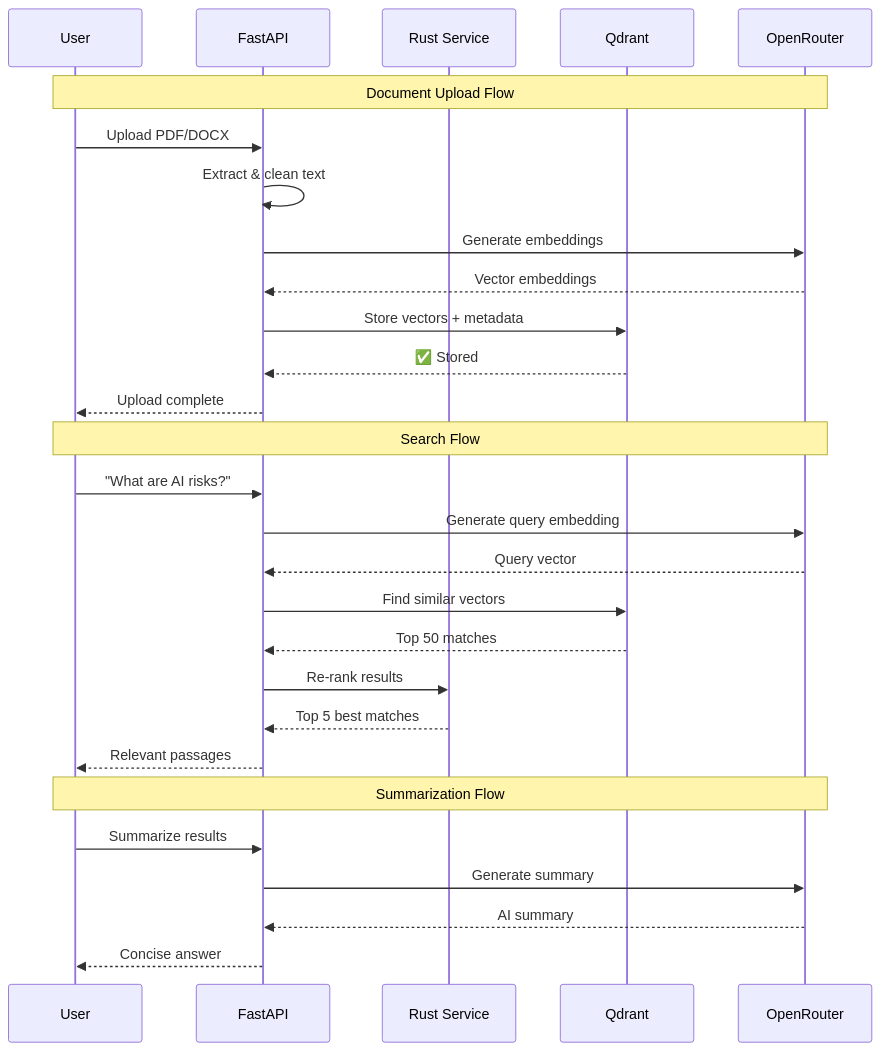
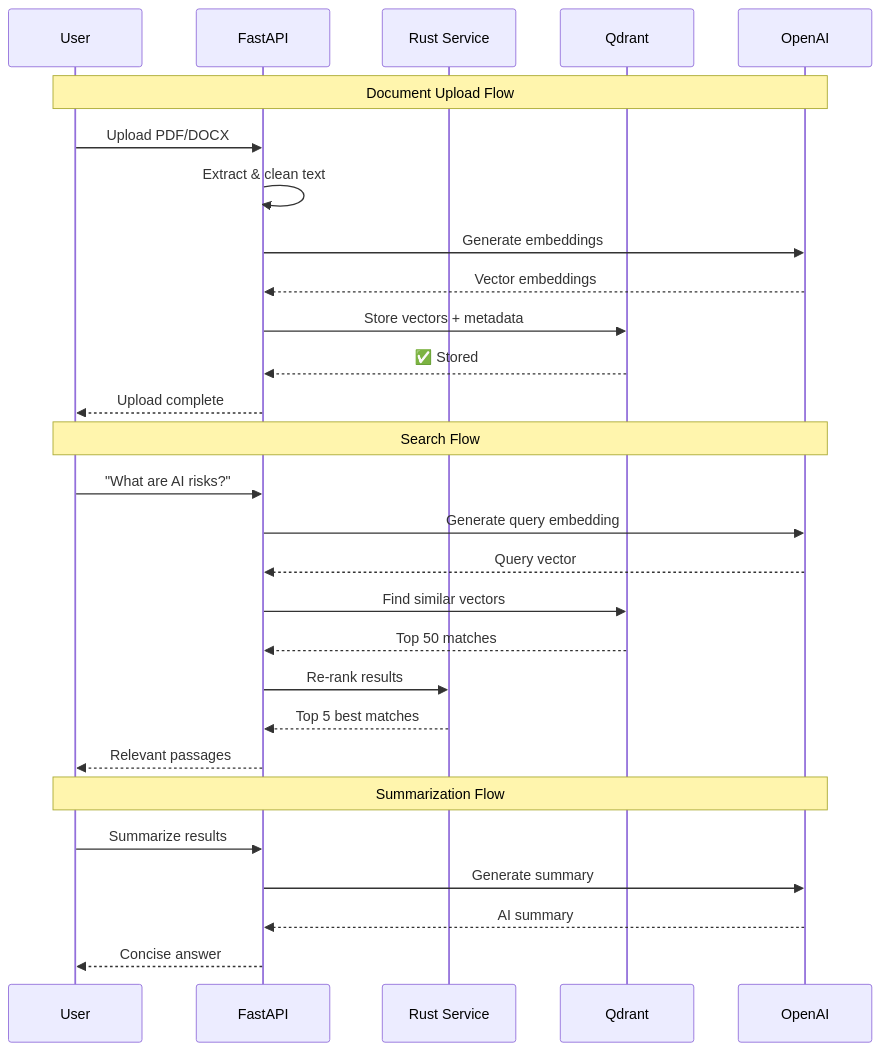
One commit to mdombrov-33/qdrant-ai-search changed the second of 2 diagrams in README.md. Above: the diagram before and after it, drawn with Mermaid. The commit also changed other lines of this file and 5 other files, not shown here.

Commit message:
fix(openai): replace OpenRouter with OpenAI to gain access to embedded models (not available via OpenRouter)

````diff
--- a/README.md
+++ b/README.md
@@ -111,33 +121,33 @@
 ```mermaid
 sequenceDiagram
     participant U as User
     participant F as FastAPI
     participant R as Rust Service
     participant Q as Qdrant
-    participant O as OpenRouter
+    participant O as OpenAI
 
     Note over U,O: Document Upload Flow
     U->>F: Upload PDF/DOCX
     F->>F: Extract & clean text
     F->>O: Generate embeddings
     O-->>F: Vector embeddings
     F->>Q: Store vectors + metadata
     Q-->>F: ✅ Stored
     F-->>U: Upload complete
 
     Note over U,O: Search Flow
     U->>F: "What are AI risks?"
     F->>O: Generate query embedding
     O-->>F: Query vector
     F->>Q: Find similar vectors
     Q-->>F: Top 50 matches
     F->>R: Re-rank results
     R-->>F: Top 5 best matches
     F-->>U: Relevant passages
 
     Note over U,O: Summarization Flow
     U->>F: Summarize results
     F->>O: Generate summary
     O-->>F: AI summary
     F-->>U: Concise answer
 ```
````
